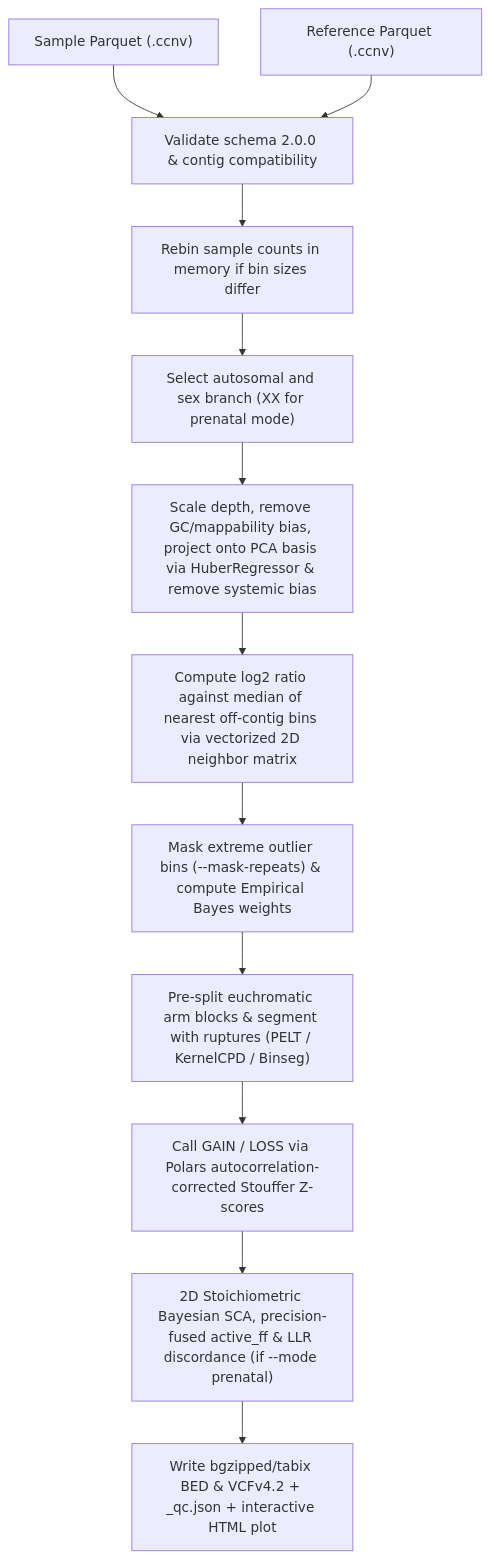
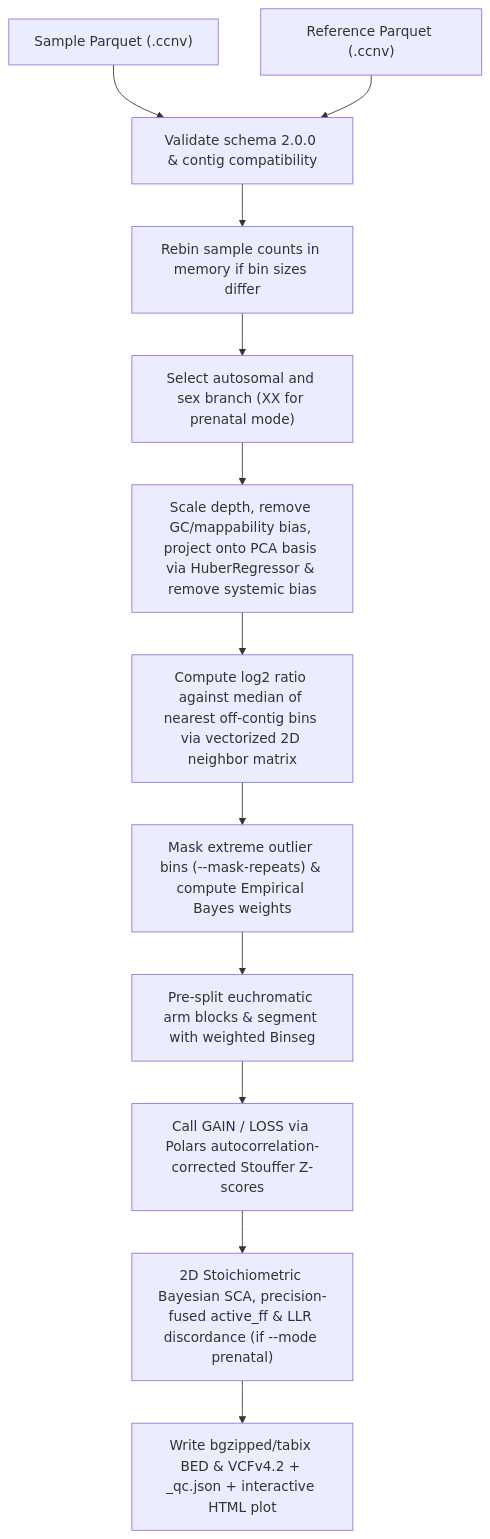
One commit to matthdsm/ccnv changed the fourth of 4 diagrams in docs/pipeline.md. Above: the diagram before and after it, drawn with Mermaid. The commit also changed other lines of this file and 24 other files, not shown here.

````diff
--- a/docs/pipeline.md
+++ b/docs/pipeline.md
@@ -94,14 +94,14 @@
 ```mermaid
 flowchart TD
     InSample["Sample Parquet (<sample>.ccnv)"] --> LoadCompat["Validate schema 2.0.0 & contig compatibility"]
     InRef["Reference Parquet (<reference>.ccnv)"] --> LoadCompat
     LoadCompat --> RebinCheck["Rebin sample counts in memory if bin sizes differ"]
     RebinCheck --> BranchSelect["Select autosomal and sex branch (XX for prenatal mode)"]
     BranchSelect --> ProjectPCA["Scale depth, remove GC/mappability bias, project onto PCA basis via HuberRegressor & remove systemic bias"]
     ProjectPCA --> MatchNearest["Compute log2 ratio against median of nearest off-contig bins via vectorized 2D neighbor matrix"]
     MatchNearest --> IterativeMask["Mask extreme outlier bins (--mask-repeats) & compute Empirical Bayes weights"]
-    IterativeMask --> SegEngine["Pre-split euchromatic arm blocks & segment with ruptures (PELT / KernelCPD / Binseg)"]
+    IterativeMask --> SegEngine["Pre-split euchromatic arm blocks & segment with weighted Binseg"]
     SegEngine --> CallEvents["Call GAIN / LOSS via Polars autocorrelation-corrected Stouffer Z-scores"]
     CallEvents --> PrenatalAnnot["2D Stoichiometric Bayesian SCA, precision-fused active_ff & LLR discordance (if --mode prenatal)"]
     PrenatalAnnot --> Outputs["Write bgzipped/tabix BED & VCFv4.2 + _qc.json + interactive HTML plot"]
 ```
````
